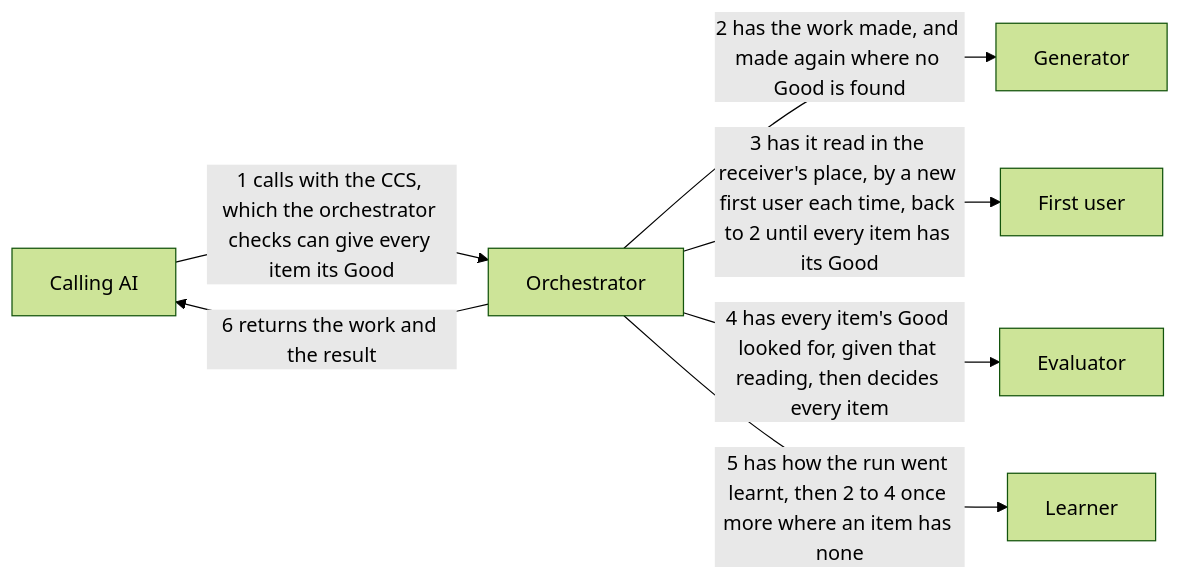
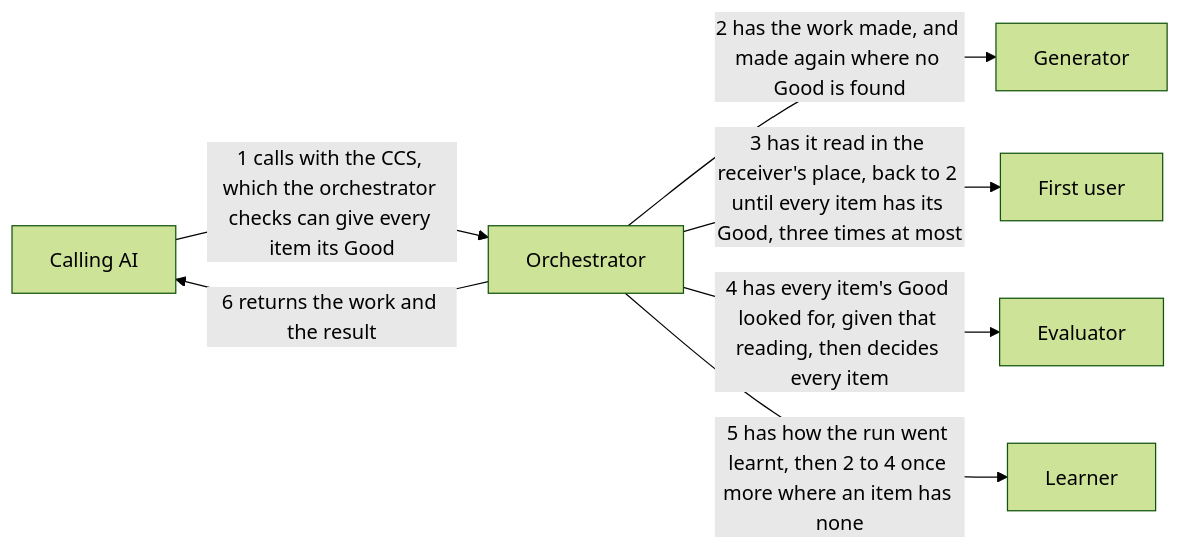
One commit to lovaizu/ccpm changed the diagram in dev/turn/design.md. Above: the diagram before and after it, drawn with Mermaid (forest theme). The commit also changed other lines of this file, not shown here.

First line of the commit message:
turn's design: the first user kept started beside the generator, and three send-backs of each kind a round and two rounds at most, counted by a script and held by a hook

````diff
--- a/dev/turn/design.md
+++ b/dev/turn/design.md
@@ -22,15 +22,15 @@
 ```mermaid
 flowchart LR
   caller["Calling AI"]
   orch["Orchestrator"]
   gen["Generator"]
   fu["First user"]
   ev["Evaluator"]
   le["Learner"]
   caller -->|1 calls with the CCS, which the orchestrator checks can give every item its Good| orch
   orch -->|2 has the work made, and made again where no Good is found| gen
-  orch -->|3 has it read in the receiver's place, by a new first user each time, back to 2 until every item has its Good| fu
+  orch -->|3 has it read in the receiver's place, back to 2 until every item has its Good, three times at most| fu
   orch -->|4 has every item's Good looked for, given that reading, then decides every item| ev
   orch -->|5 has how the run went learnt, then 2 to 4 once more where an item has none| le
   orch -->|6 returns the work and the result| caller
 ```
````
